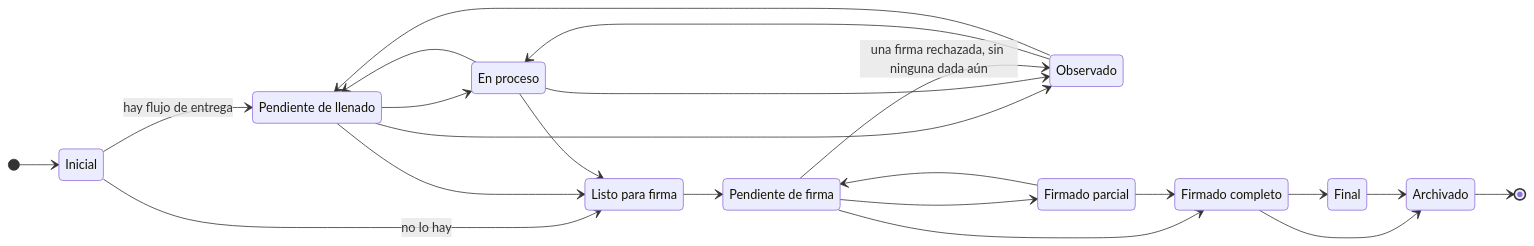
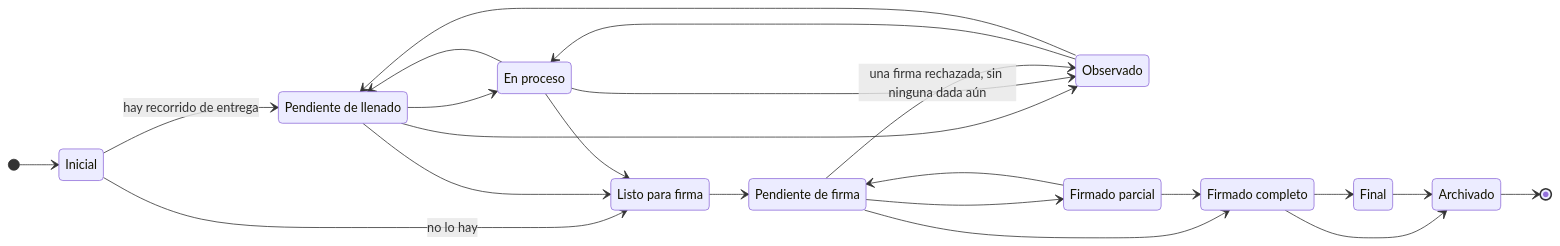
Before and after one commit to fresvel/deasy: the diagram in docs/src/content/docs/modelo/vocabularios-de-estado.md, drawn with Mermaid. The commit also changed 62 other files, not shown here.

````diff
--- a/docs/src/content/docs/modelo/vocabularios-de-estado.md
+++ b/docs/src/content/docs/modelo/vocabularios-de-estado.md
@@ -141,32 +141,32 @@
 ```mermaid
 stateDiagram-v2
     direction LR
     [*] --> Inicial
-    Inicial --> PendienteLlenado: hay flujo de entrega
+    Inicial --> PendienteLlenado: hay recorrido de entrega
     Inicial --> ListoFirma: no lo hay
     PendienteLlenado --> EnProceso
     EnProceso --> PendienteLlenado
     PendienteLlenado --> Observado
     EnProceso --> Observado
     Observado --> EnProceso
     Observado --> PendienteLlenado
     PendienteLlenado --> ListoFirma
     EnProceso --> ListoFirma
     ListoFirma --> PendienteFirma
     PendienteFirma --> Observado: una firma rechazada, sin ninguna dada aún
     PendienteFirma --> FirmadoParcial
     FirmadoParcial --> PendienteFirma
     PendienteFirma --> FirmadoCompleto
     FirmadoParcial --> FirmadoCompleto
     FirmadoCompleto --> Final
     FirmadoCompleto --> Archivado
     Final --> Archivado
     Archivado --> [*]
 
     PendienteLlenado: Pendiente de llenado
     EnProceso: En proceso
     ListoFirma: Listo para firma
     PendienteFirma: Pendiente de firma
     FirmadoParcial: Firmado parcial
     FirmadoCompleto: Firmado completo
 ```
````
